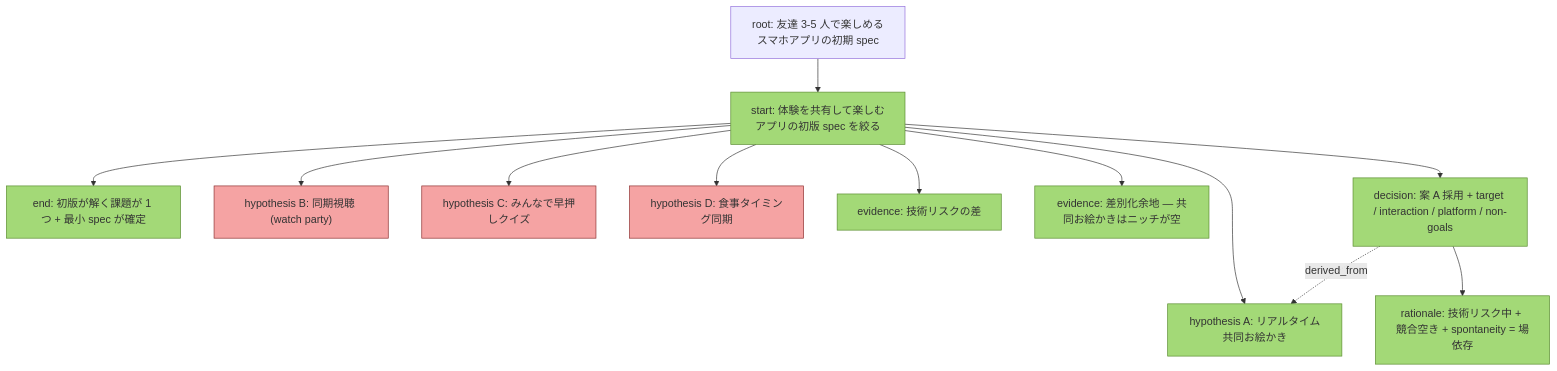
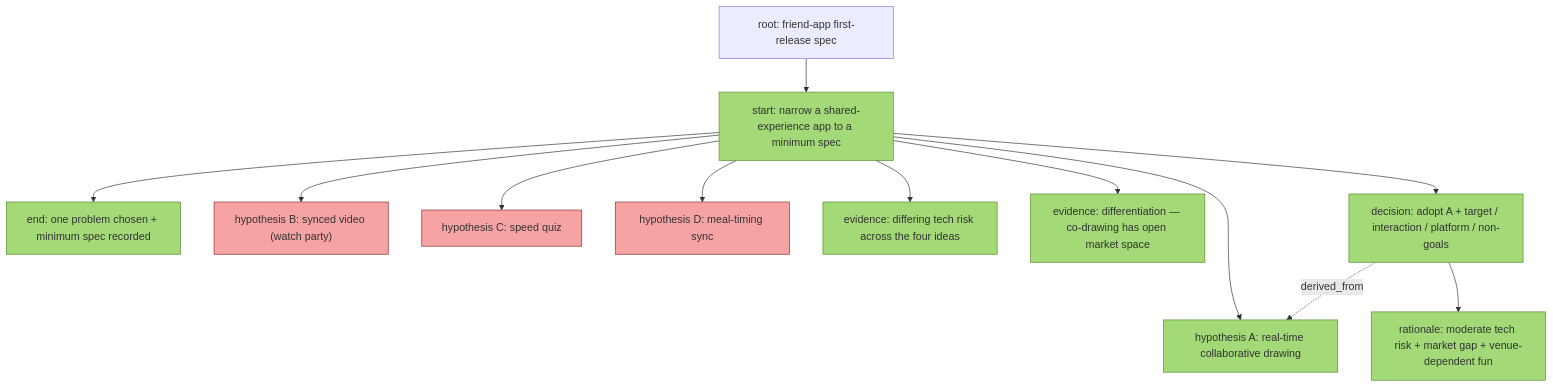
The second of 2 diagrams in docs/examples.md (o3co/agent-dpd), drawn with Mermaid before and after one commit. The commit also changed other lines of this file, not shown here.

````diff
--- a/docs/examples.md
+++ b/docs/examples.md
@@ -173,40 +195,40 @@
 ```mermaid
 graph TD
-    root["root: 友達 3-5 人で楽しめるスマホアプリの初期 spec"]
-    S["start: 体験を共有して楽しむアプリの初版 spec を絞る"]
-    E["end: 初版が解く課題が 1 つ + 最小 spec が確定"]
-    A["hypothesis A: リアルタイム共同お絵かき"]
-    B["hypothesis B: 同期視聴 (watch party)"]
-    C["hypothesis C: みんなで早押しクイズ"]
-    D["hypothesis D: 食事タイミング同期"]
-    EV1["evidence: 技術リスクの差"]
-    EV2["evidence: 差別化余地 — 共同お絵かきはニッチが空"]
-    DEC["decision: 案 A 採用 + target / interaction / platform / non-goals"]
-    R["rationale: 技術リスク中 + 競合空き + spontaneity = 場依存"]
+    root["root: friend-app first-release spec"]
+    S["start: narrow a shared-experience app to a minimum spec"]
+    E["end: one problem chosen + minimum spec recorded"]
+    A["hypothesis A: real-time collaborative drawing"]
+    B["hypothesis B: synced video (watch party)"]
+    C["hypothesis C: speed quiz"]
+    D["hypothesis D: meal-timing sync"]
+    EV1["evidence: differing tech risk across the four ideas"]
+    EV2["evidence: differentiation — co-drawing has open market space"]
+    DEC["decision: adopt A + target / interaction / platform / non-goals"]
+    R["rationale: moderate tech risk + market gap + venue-dependent fun"]
 
     root --> S
     S --> E
     S --> A
     S --> B
     S --> C
     S --> D
     S --> EV1
     S --> EV2
     S --> DEC
     DEC --> R
     DEC -.derived_from.-> A
 
     class S closed_resolved
     class E closed_resolved
     class A closed_resolved
     class B closed_rejected
     class C closed_rejected
     class D closed_rejected
     class EV1 closed_resolved
     class EV2 closed_resolved
     class DEC closed_resolved
     class R closed_resolved
 
     classDef closed_resolved fill:#a3d977,stroke:#5a8c30
     classDef closed_rejected fill:#f5a3a3,stroke:#8c3030
 ```
````
